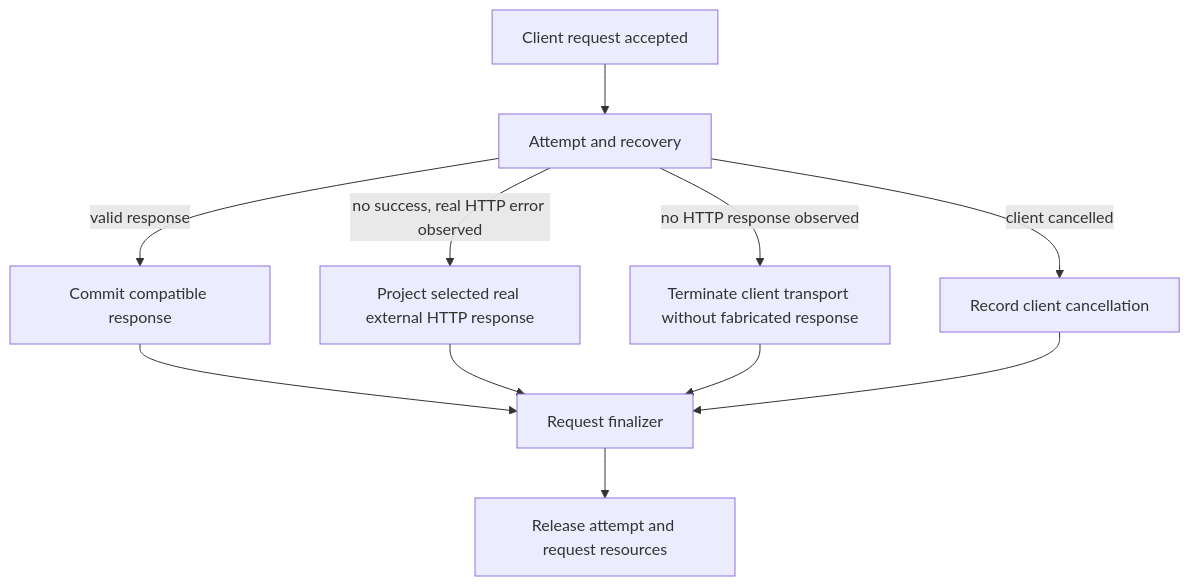
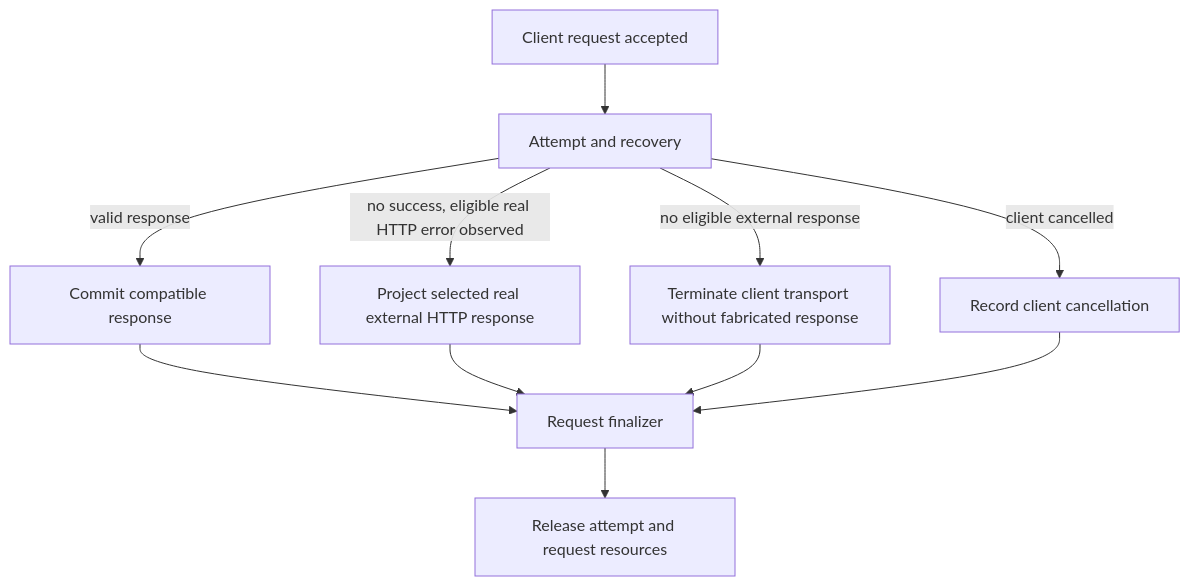
The diagram in docs/goals/provider-terminal-no-502-dag-20260930.md (Jasonzhangf/routecodex), drawn with Mermaid before and after one commit. The commit also changed other lines of this file, not shown here.

Commit message:
docs(v3): bind typed terminal response selection

````diff
--- a/docs/goals/provider-terminal-no-502-dag-20260930.md
+++ b/docs/goals/provider-terminal-no-502-dag-20260930.md
@@ -13,13 +13,13 @@
 ```mermaid
 flowchart TD
   A[Client request accepted] --> B[Attempt and recovery]
   B -->|valid response| D[Commit compatible response]
-  B -->|no success, real HTTP error observed| I[Project selected real external HTTP response]
-  B -->|no HTTP response observed| J[Terminate client transport without fabricated response]
+  B -->|no success, eligible real HTTP error observed| I[Project selected real external HTTP response]
+  B -->|no eligible external response| J[Terminate client transport without fabricated response]
   B -->|client cancelled| M[Record client cancellation]
   D --> K[Request finalizer]
   I --> K
   J --> K
   M --> K
   K --> L[Release attempt and request resources]
 ```
````
